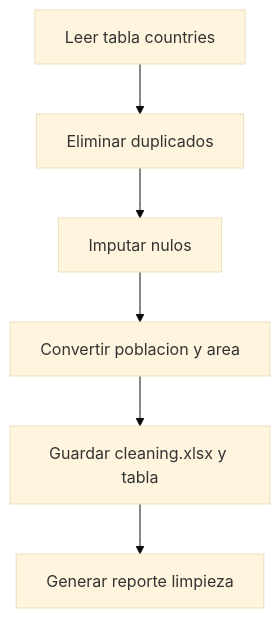
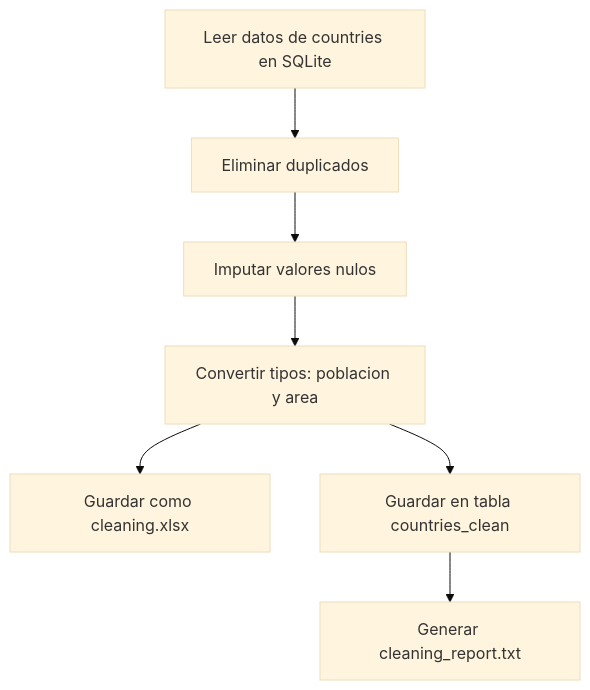
One commit to JuanesMedCol/bigdata-infrastructure changed the third of 7 diagrams in docs/diagrams.md. Above: the diagram before and after it, drawn with Mermaid (base theme). The commit also changed other lines of this file and 2 other files, not shown here.

````diff
--- a/docs/diagrams.md
+++ b/docs/diagrams.md
@@ -61,8 +61,9 @@
     ```mermaid
-    graph TD
-        A[Leer tabla countries] --> B[Eliminar duplicados]
-        B --> C[Imputar nulos]
-        C --> D[Convertir poblacion y area]
-        D --> E[Guardar cleaning.xlsx y tabla]
-        E --> F[Generar reporte limpieza]
+    flowchart TD
+        A[Leer datos de countries en SQLite] --> B[Eliminar duplicados]
+        B --> C[Imputar valores nulos]
+        C --> D[Convertir tipos: poblacion y area]
+        D --> E[Guardar como cleaning.xlsx]
+        D --> F[Guardar en tabla countries_clean]
+        F --> G[Generar cleaning_report.txt]
     ```
````
